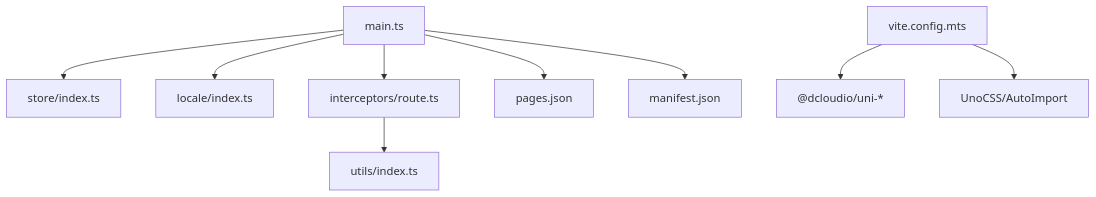
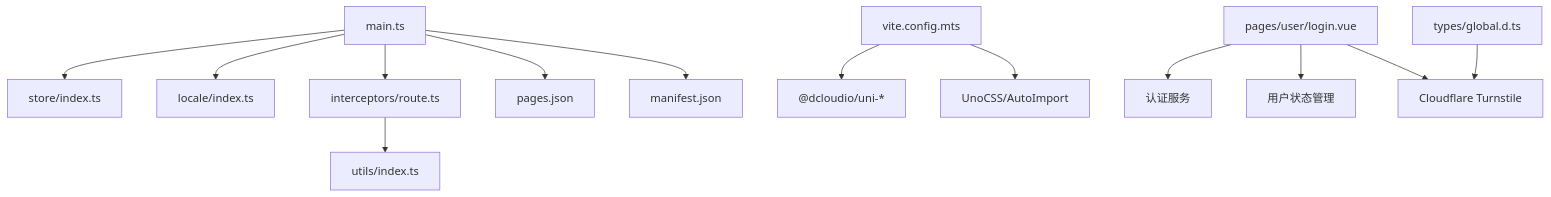
The tenth of 10 diagrams in .qoder/repowiki/zh/content/前端应用/UniApp 小程序/UniApp 小程序.md (liov/hoper), drawn with Mermaid before and after one commit. The commit also changed other lines of this file and 49 other files, not shown here.

````diff
--- a/.qoder/repowiki/zh/content/前端应用/UniApp 小程序/UniApp 小程序.md
+++ b/.qoder/repowiki/zh/content/前端应用/UniApp 小程序/UniApp 小程序.md
@@ -290,11 +418,15 @@
 ```mermaid
 graph TB
 Main["main.ts"] --> Store["store/index.ts"]
 Main --> I18N["locale/index.ts"]
 Main --> RouteInt["interceptors/route.ts"]
 RouteInt --> Utils["utils/index.ts"]
 Main --> Pages["pages.json"]
 Main --> Manifest["manifest.json"]
 Vite["vite.config.mts"] --> Plugins["@dcloudio/uni-*"]
 Vite --> Uno["UnoCSS/AutoImport"]
+Login["pages/user/login.vue"] --> Auth["认证服务"]
+Login --> UserStore["用户状态管理"]
+Login --> Turnstile["Cloudflare Turnstile"]
+GlobalTypes["types/global.d.ts"] --> Turnstile
 ```
````
